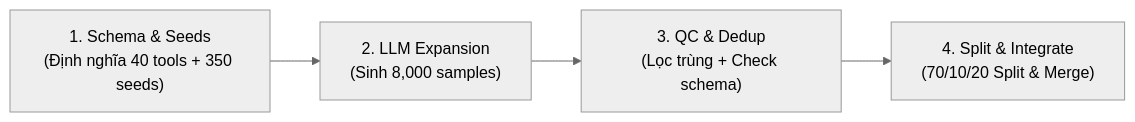
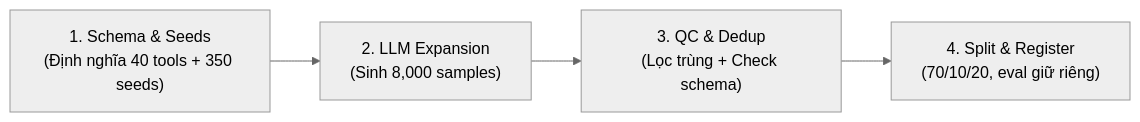
Before and after one commit to TristanDao/tool_calling_with_retrieval_extraction: the diagram in docs/custom_vi_dataset_plan.md, drawn with Mermaid (neutral theme). The commit also changed other lines of this file and 55 other files, not shown here.

````diff
--- a/docs/custom_vi_dataset_plan.md
+++ b/docs/custom_vi_dataset_plan.md
@@ -135,6 +137,6 @@
 ```mermaid
 flowchart LR
     Step1["1. Schema & Seeds\n(Định nghĩa 40 tools + 350 seeds)"] --> Step2["2. LLM Expansion\n(Sinh 8,000 samples)"]
     Step2 --> Step3["3. QC & Dedup\n(Lọc trùng + Check schema)"]
-    Step3 --> Step4["4. Split & Integrate\n(70/10/20 Split & Merge)"]
+    Step3 --> Step4["4. Split & Register\n(70/10/20, eval giữ riêng)"]
 ```
````
